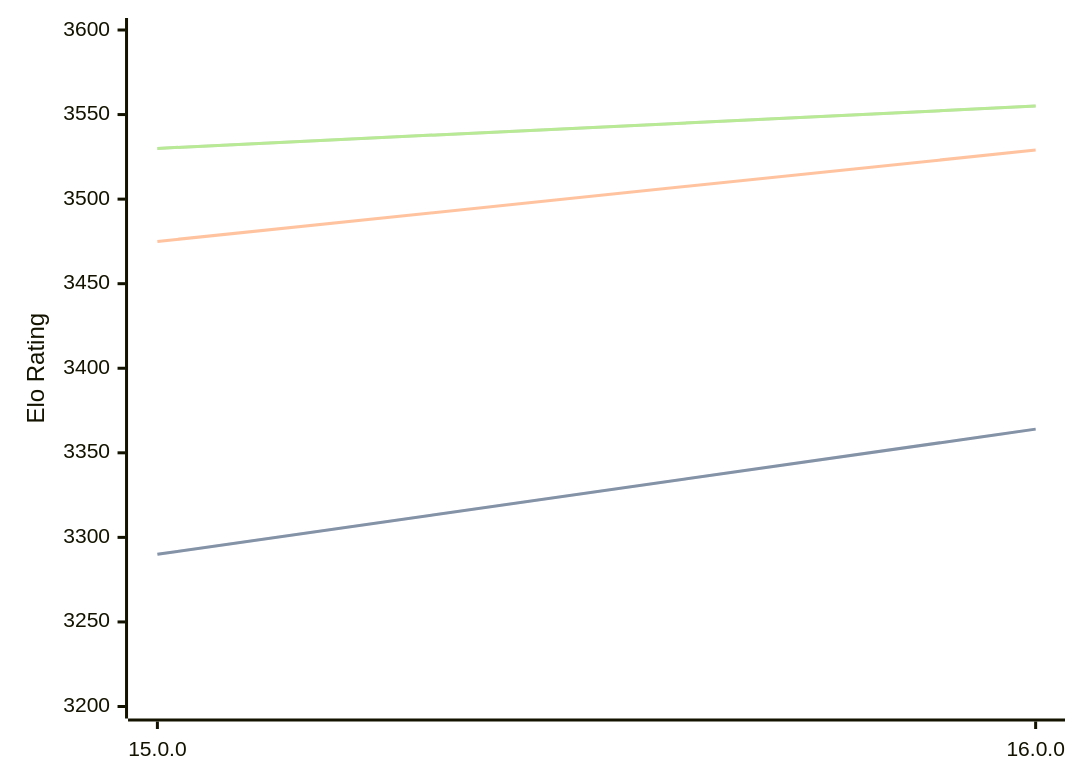
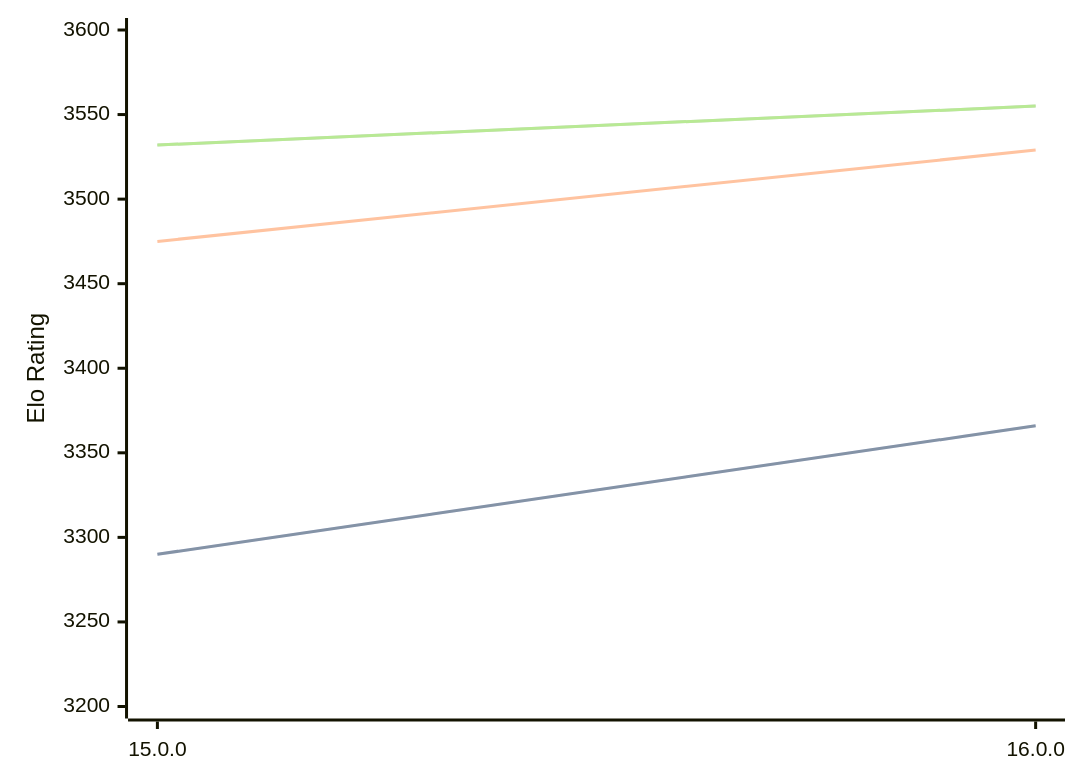
The diagram in engines/Halogen.md (computer-chess-index/cci), drawn with Mermaid before and after one commit. The commit also changed other lines of this file, not shown here.

Commit message:
Update CCI Ratings (ELO VLTC) - 2026-09-09

````diff
--- a/engines/Halogen.md
+++ b/engines/Halogen.md
@@ -32,11 +32,11 @@
 ```mermaid
 %%{init: {"theme":"base","themeVariables":{"seriesColors:['#a3a3a3','#222221','#faa371']}}}%%
 xychart-beta
   x-axis ["15.0.0", "16.0.0"]
   y-axis "Elo Rating" 3200 --> 3600
-  line "" [3290, 3364]
-  line "STC (8.0+0.08s)" [3290, 3364]
+  line "" [3290, 3366]
+  line "STC (8.0+0.08s)" [3290, 3366]
   line "LTC (60.0+0.60s)" [3475, 3529]
-  line "" [3530, 3555]
-  line "VLTC (2m24s+1.12s)" [3530, 3555]
+  line "" [3532, 3555]
+  line "VLTC (2m24s+1.12s)" [3532, 3555]
 ```
````
